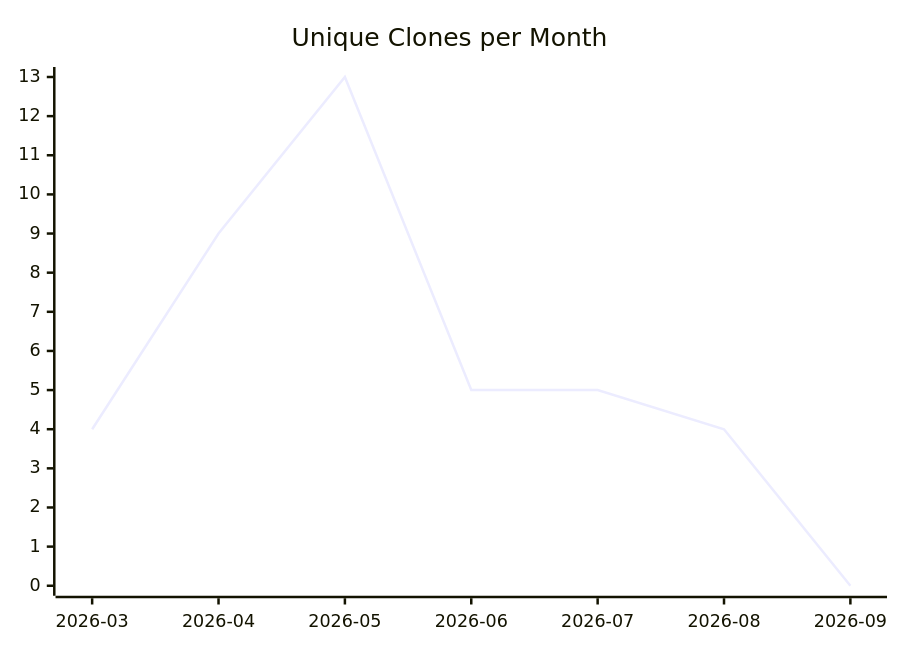
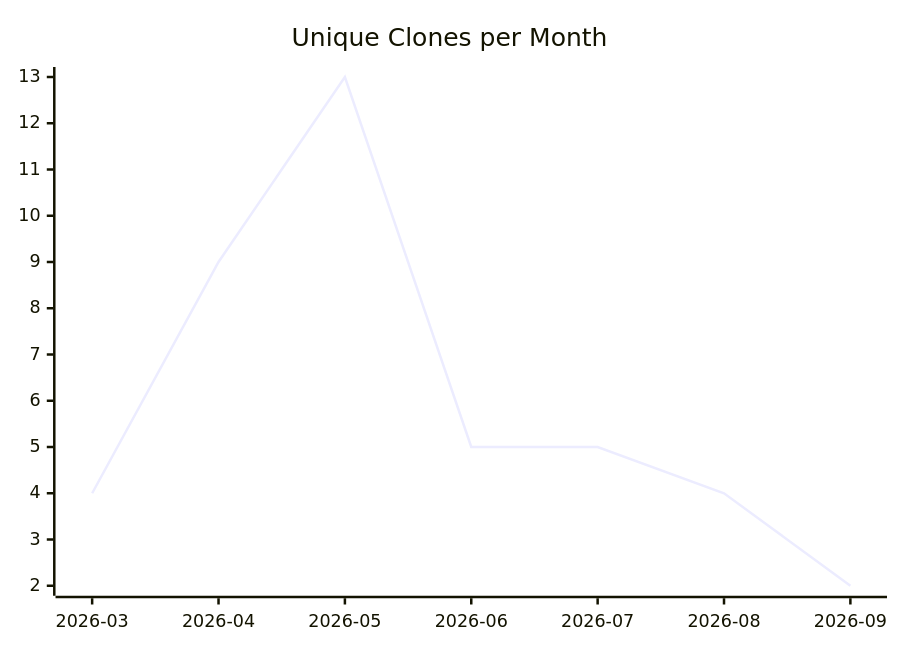
The third of 3 diagrams in karlmdavis/justdavis-puppet/README.md (justdavis-family/github-analytics-data), drawn with Mermaid before and after one commit. The commit also changed other lines of this file and 191 other files, not shown here.

````diff
--- a/karlmdavis/justdavis-puppet/README.md
+++ b/karlmdavis/justdavis-puppet/README.md
@@ -19,6 +19,6 @@
 ```mermaid
 xychart-beta
   title "Unique Clones per Month"
   x-axis ["2026-03", "2026-04", "2026-05", "2026-06", "2026-07", "2026-08", "2026-09"]
-  line [4, 9, 13, 5, 5, 4, 0]
+  line [4, 9, 13, 5, 5, 4, 2]
 ```
````
